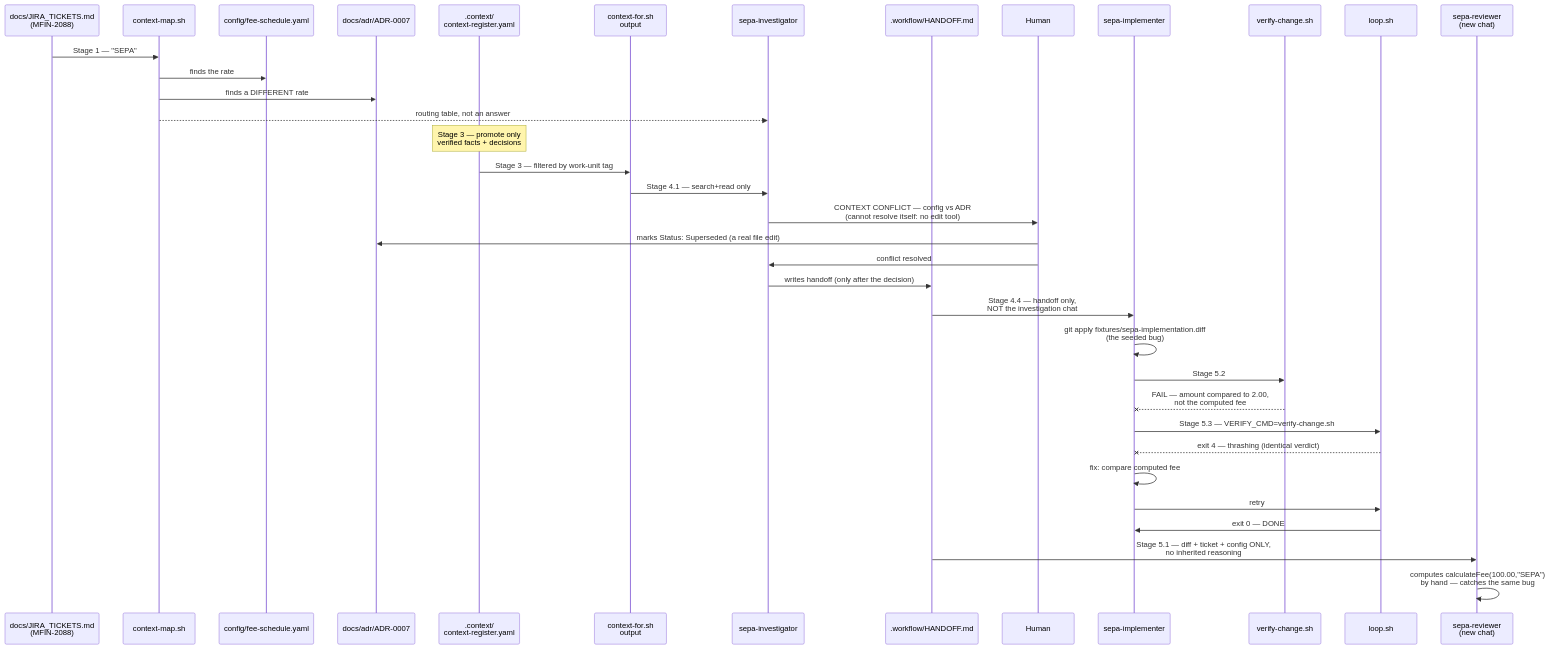
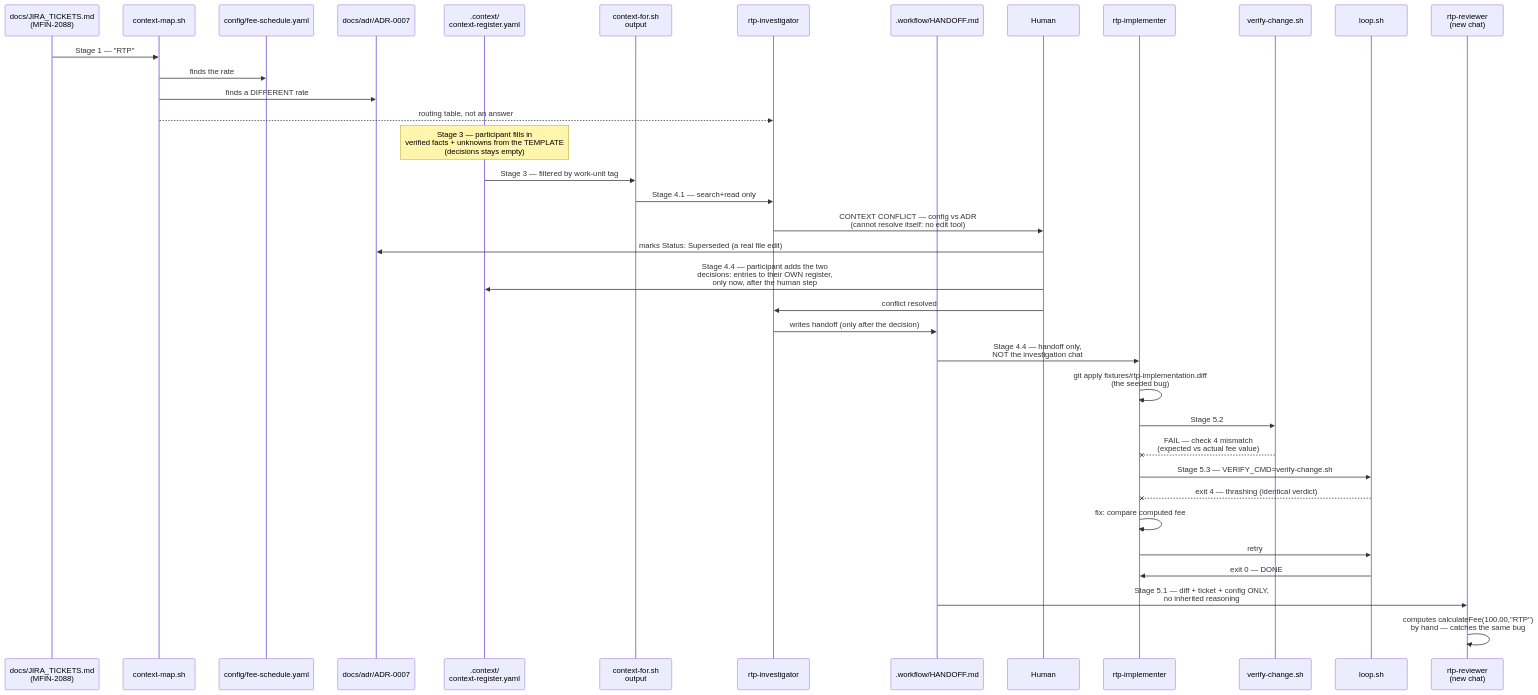
Before and after one commit to ArulaAI/context-engineering-part-2: the third of 4 diagrams in ARCHITECTURE.md, drawn with Mermaid. The commit also changed other lines of this file and 52 other files, not shown here.

````diff
--- a/ARCHITECTURE.md
+++ b/ARCHITECTURE.md
@@ -213,43 +221,44 @@
 ```mermaid
 sequenceDiagram
     participant Ticket as docs/JIRA_TICKETS.md<br/>(MFIN-2088)
     participant Map as context-map.sh
     participant Config as config/fee-schedule.yaml
     participant ADR as docs/adr/ADR-0007
     participant Register as .context/<br/>context-register.yaml
     participant Package as context-for.sh<br/>output
-    participant Investigator as sepa-investigator
+    participant Investigator as rtp-investigator
     participant Handoff as .workflow/HANDOFF.md
     participant Human
-    participant Implementer as sepa-implementer
+    participant Implementer as rtp-implementer
     participant Verify as verify-change.sh
     participant RepairLoop as loop.sh
-    participant Reviewer as sepa-reviewer<br/>(new chat)
+    participant Reviewer as rtp-reviewer<br/>(new chat)
 
-    Ticket->>Map: Stage 1 — "SEPA"
+    Ticket->>Map: Stage 1 — "RTP"
     Map->>Config: finds the rate
     Map->>ADR: finds a DIFFERENT rate
     Map-->>Investigator: routing table, not an answer
 
-    Note over Register: Stage 3 — promote only<br/>verified facts + decisions
+    Note over Register: Stage 3 — participant fills in<br/>verified facts + unknowns from the TEMPLATE<br/>(decisions stays empty)
     Register->>Package: Stage 3 — filtered by work-unit tag
 
     Package->>Investigator: Stage 4.1 — search+read only
     Investigator->>Human: CONTEXT CONFLICT — config vs ADR<br/>(cannot resolve itself: no edit tool)
     Human->>ADR: marks Status: Superseded (a real file edit)
+    Human->>Register: Stage 4.4 — participant adds the two<br/>decisions: entries to their OWN register,<br/>only now, after the human step
     Human->>Investigator: conflict resolved
     Investigator->>Handoff: writes handoff (only after the decision)
 
     Handoff->>Implementer: Stage 4.4 — handoff only,<br/>NOT the investigation chat
-    Implementer->>Implementer: git apply fixtures/sepa-implementation.diff<br/>(the seeded bug)
+    Implementer->>Implementer: git apply fixtures/rtp-implementation.diff<br/>(the seeded bug)
     Implementer->>Verify: Stage 5.2
-    Verify--xImplementer: FAIL — amount compared to 2.00,<br/>not the computed fee
+    Verify--xImplementer: FAIL — check 4 mismatch<br/>(expected vs actual fee value)
     Implementer->>RepairLoop: Stage 5.3 — VERIFY_CMD=verify-change.sh
     RepairLoop--xImplementer: exit 4 — thrashing (identical verdict)
     Implementer->>Implementer: fix: compare computed fee
     Implementer->>RepairLoop: retry
     RepairLoop->>Implementer: exit 0 — DONE
 
     Handoff->>Reviewer: Stage 5.1 — diff + ticket + config ONLY,<br/>no inherited reasoning
-    Reviewer->>Reviewer: computes calculateFee(100.00,"SEPA")<br/>by hand — catches the same bug
+    Reviewer->>Reviewer: computes calculateFee(100.00,"RTP")<br/>by hand — catches the same bug
 ```
````
